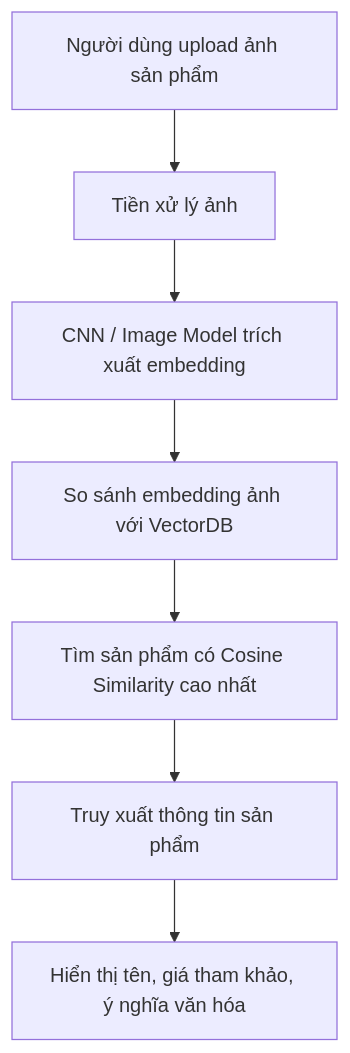
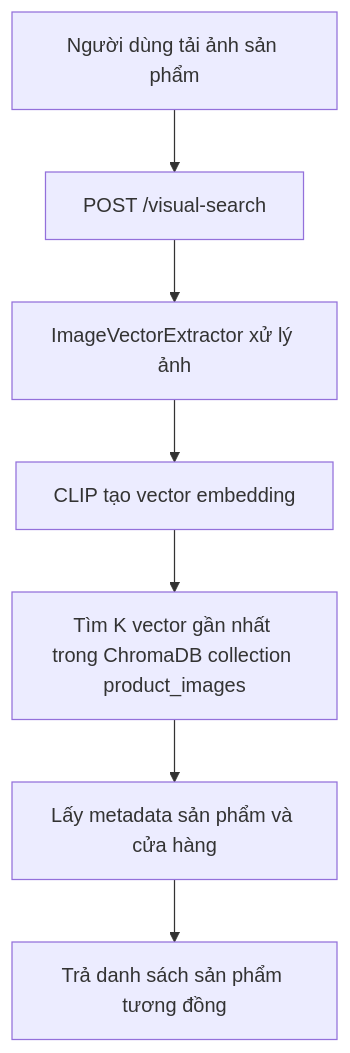
Before and after one commit to KhangDinh610/Smart-Travel-System-Project: the seventh of 8 diagrams in task_doc/Viet_representation.md, drawn with Mermaid. The commit also changed other lines of this file, not shown here.

Commit message:
Complete Viet_representation.md based on project graph report

````diff
--- a/task_doc/Viet_representation.md
+++ b/task_doc/Viet_representation.md
@@ -283,9 +343,9 @@
 ```mermaid
 flowchart TD
-    A[Người dùng upload ảnh sản phẩm] --> B[Tiền xử lý ảnh]
-    B --> C[CNN / Image Model trích xuất embedding]
-    C --> D[So sánh embedding ảnh với VectorDB]
-    D --> E[Tìm sản phẩm có Cosine Similarity cao nhất]
-    E --> F[Truy xuất thông tin sản phẩm]
-    F --> G[Hiển thị tên, giá tham khảo, ý nghĩa văn hóa]
+    A[Người dùng tải ảnh sản phẩm] --> B[POST /visual-search]
+    B --> C[ImageVectorExtractor xử lý ảnh]
+    C --> D[CLIP tạo vector embedding]
+    D --> E[Tìm K vector gần nhất trong ChromaDB collection product_images]
+    E --> F[Lấy metadata sản phẩm và cửa hàng]
+    F --> G[Trả danh sách sản phẩm tương đồng]
 ```
````
